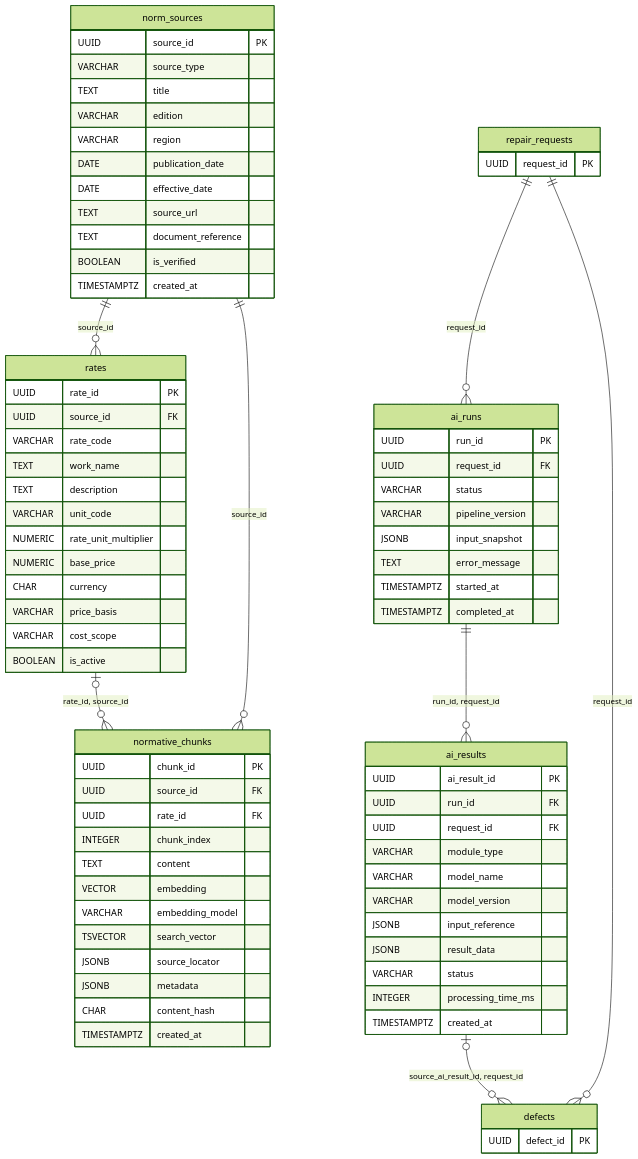
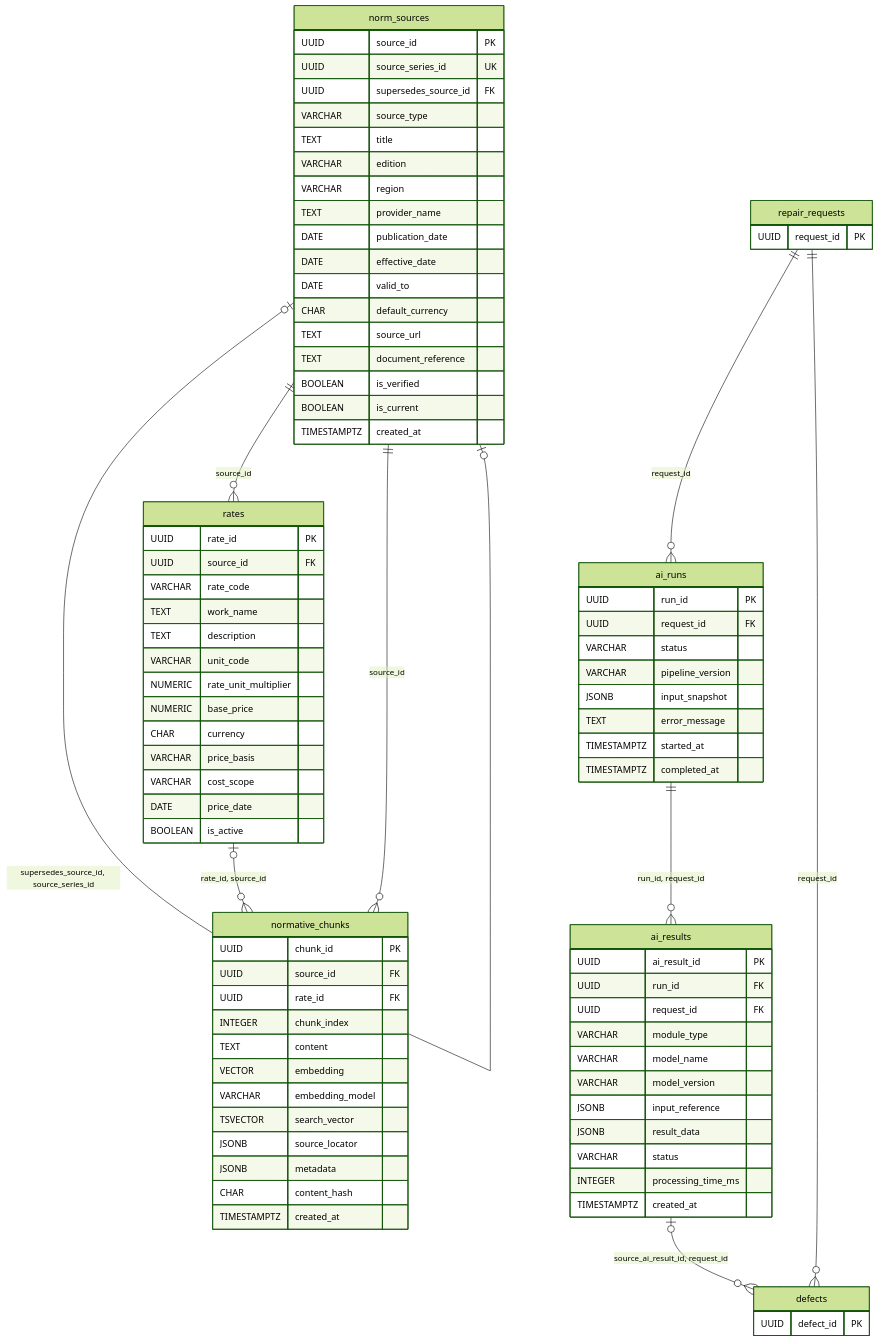
The fourth of 5 diagrams in docs/database/erd.md (Fir-White/FixRateAI), drawn with Mermaid (forest theme) before and after one commit. The commit also changed other lines of this file and 18 other files, not shown here.

Commit message:
feat(db): track normative source versions and price provenance

```diff
--- a/docs/database/erd.md
+++ b/docs/database/erd.md
@@ -241,15 +241,21 @@
     }
     norm_sources {
         UUID source_id PK
+        UUID source_series_id UK
+        UUID supersedes_source_id FK
         VARCHAR source_type
         TEXT title
         VARCHAR edition
         VARCHAR region
+        TEXT provider_name
         DATE publication_date
         DATE effective_date
+        DATE valid_to
+        CHAR default_currency
         TEXT source_url
         TEXT document_reference
         BOOLEAN is_verified
+        BOOLEAN is_current
         TIMESTAMPTZ created_at
     }
     rates {
@@ -264,6 +270,7 @@
         CHAR currency
         VARCHAR price_basis
         VARCHAR cost_scope
+        DATE price_date
         BOOLEAN is_active
     }
     normative_chunks {
@@ -290,6 +297,7 @@
     ai_runs ||--o{ ai_results : "run_id, request_id"
     repair_requests ||--o{ defects : "request_id"
     ai_results |o--o{ defects : "source_ai_result_id, request_id"
+    norm_sources |o--o| norm_sources : "supersedes_source_id, source_series_id"
     norm_sources ||--o{ rates : "source_id"
     norm_sources ||--o{ normative_chunks : "source_id"
     rates |o--o{ normative_chunks : "rate_id, source_id"
```
